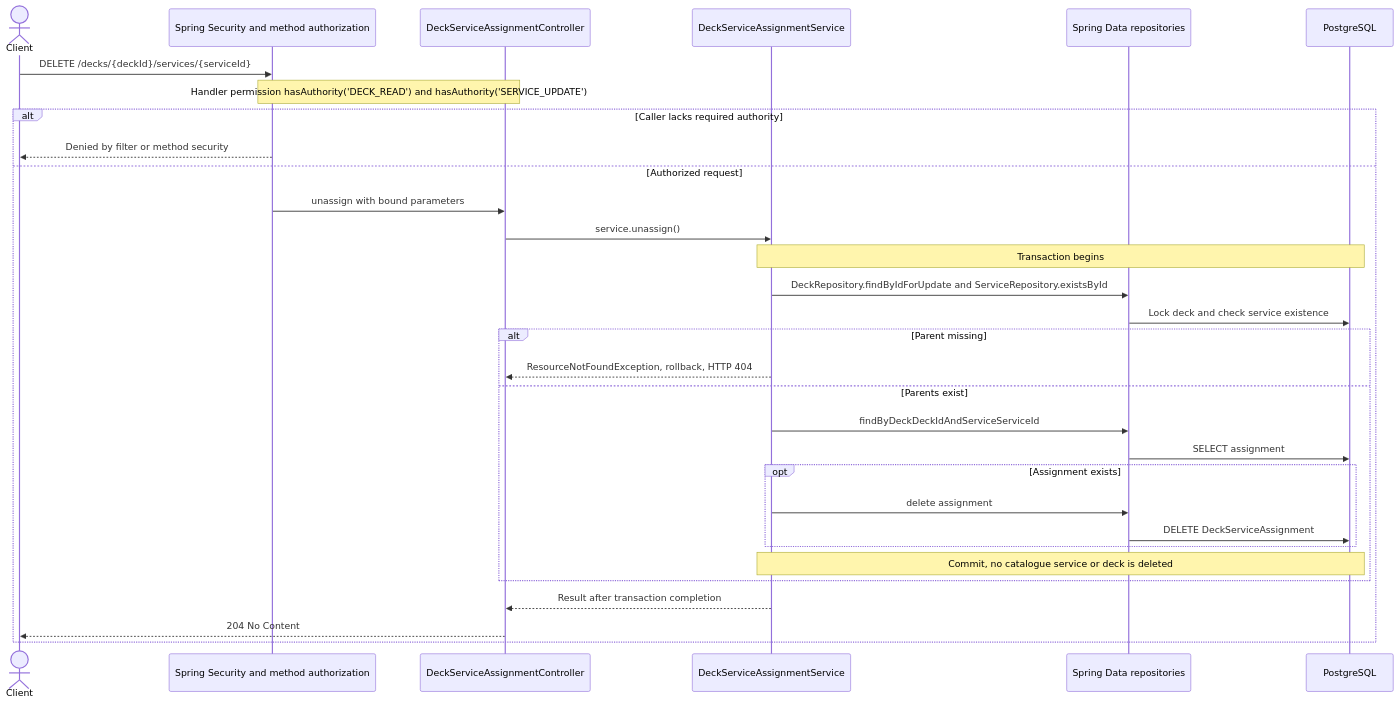
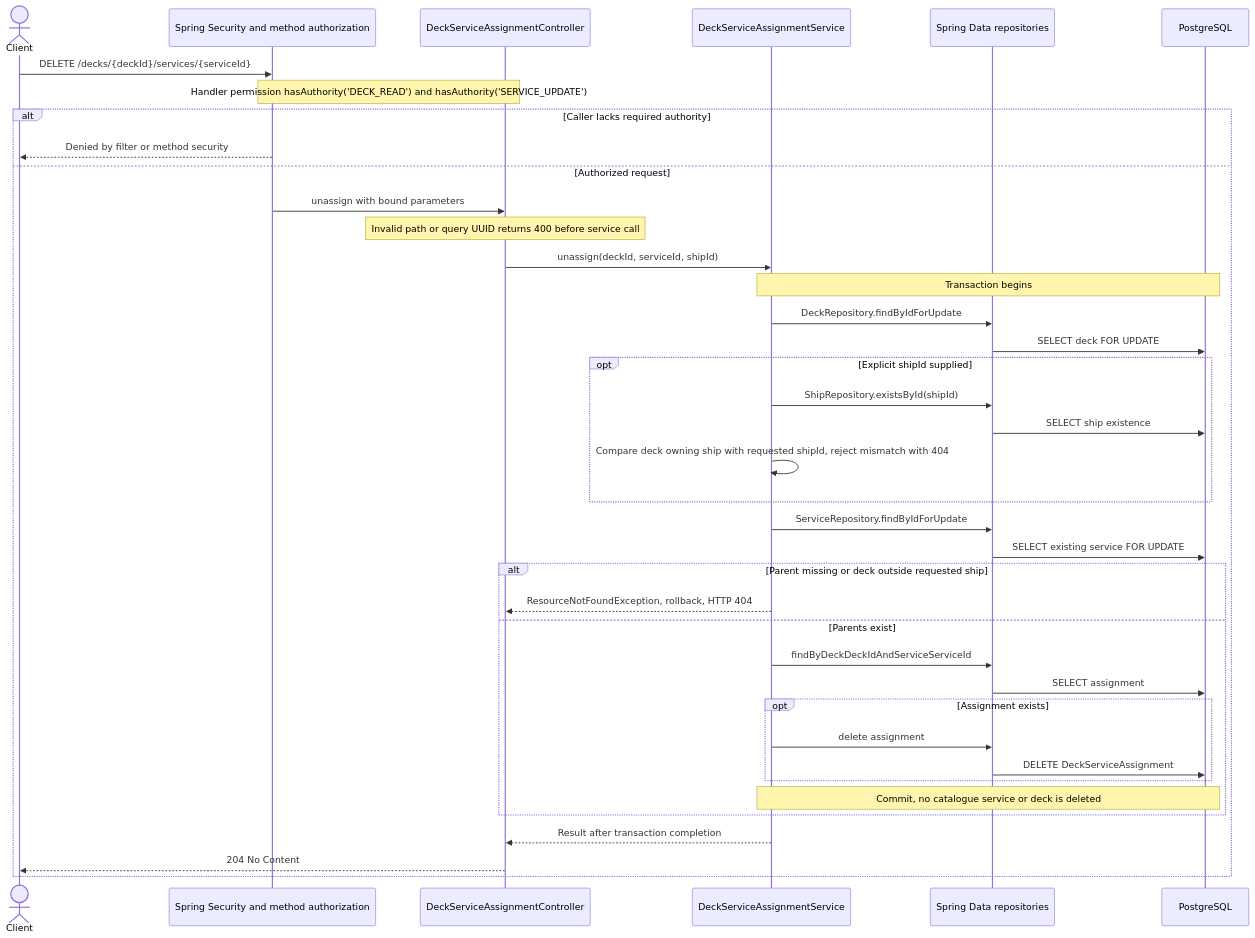
One commit to ShiroSs00/CASMS_Backend changed the diagram in docs/sequence-diagrams/ship/delete-decks-deckid-services-serviceid.md. Above: the diagram before and after it, drawn with Mermaid. The commit also changed other lines of this file and 9 other files, not shown here.

Commit message:
CASMS-90 validate deck service assignments against optional ship scope

````diff
--- a/docs/sequence-diagrams/ship/delete-decks-deckid-services-serviceid.md
+++ b/docs/sequence-diagrams/ship/delete-decks-deckid-services-serviceid.md
@@ -7,33 +7,41 @@
 ```mermaid
 sequenceDiagram
     actor Client
     participant Security as Spring Security and method authorization
     participant Controller as DeckServiceAssignmentController
     participant Service as DeckServiceAssignmentService
     participant Repository as Spring Data repositories
     participant DB as PostgreSQL
     Client->>Security: DELETE /decks/{deckId}/services/{serviceId}
     Note over Security,Controller: Handler permission hasAuthority('DECK_READ') and hasAuthority('SERVICE_UPDATE')
     alt Caller lacks required authority
         Security-->>Client: Denied by filter or method security
     else Authorized request
         Security->>Controller: unassign with bound parameters
-        Controller->>Service: service.unassign()
+        Note over Controller: Invalid path or query UUID returns 400 before service call
+        Controller->>Service: unassign(deckId, serviceId, shipId)
         Note over Service,DB: Transaction begins
-        Service->>Repository: DeckRepository.findByIdForUpdate and ServiceRepository.existsById
-        Repository->>DB: Lock deck and check service existence
-        alt Parent missing
+        Service->>Repository: DeckRepository.findByIdForUpdate
+        Repository->>DB: SELECT deck FOR UPDATE
+        opt Explicit shipId supplied
+            Service->>Repository: ShipRepository.existsById(shipId)
+            Repository->>DB: SELECT ship existence
+            Service->>Service: Compare deck owning ship with requested shipId, reject mismatch with 404
+        end
+        Service->>Repository: ServiceRepository.findByIdForUpdate
+        Repository->>DB: SELECT existing service FOR UPDATE
+        alt Parent missing or deck outside requested ship
             Service-->>Controller: ResourceNotFoundException, rollback, HTTP 404
         else Parents exist
             Service->>Repository: findByDeckDeckIdAndServiceServiceId
             Repository->>DB: SELECT assignment
             opt Assignment exists
                 Service->>Repository: delete assignment
                 Repository->>DB: DELETE DeckServiceAssignment
             end
             Note over Service,DB: Commit, no catalogue service or deck is deleted
         end
         Service-->>Controller: Result after transaction completion
         Controller-->>Client: 204 No Content
     end
 ```
````
